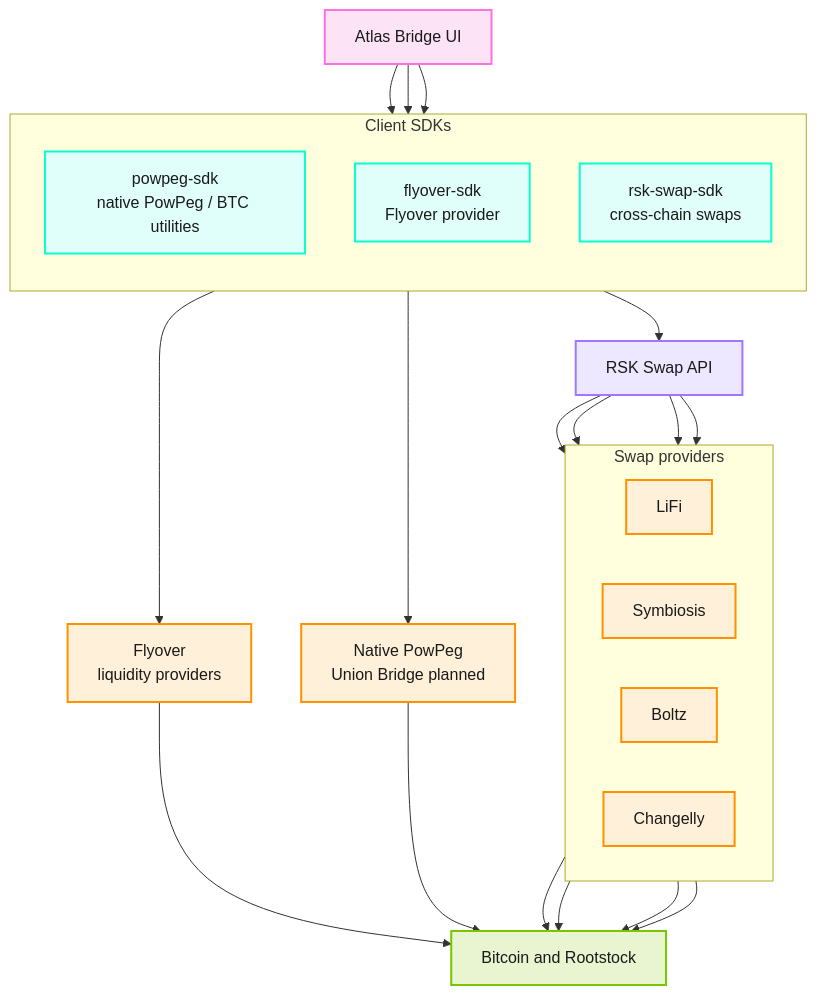
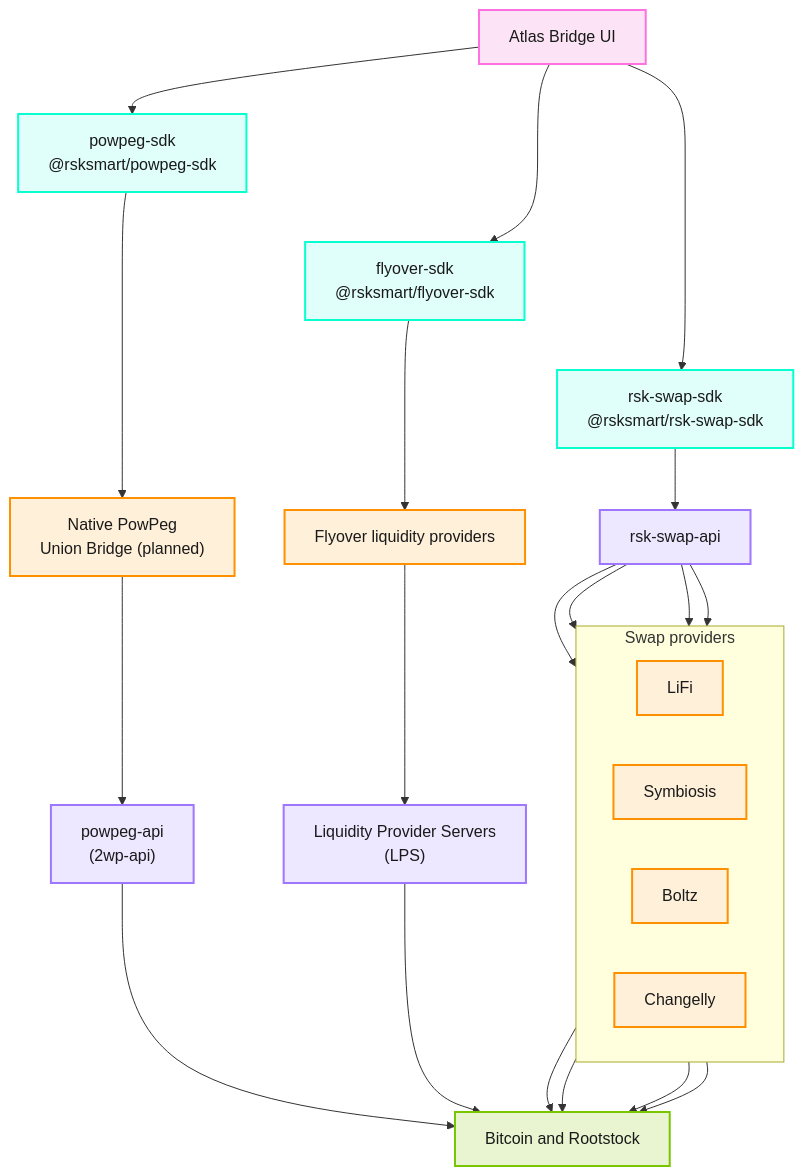
The diagram in docs/04-resources/06-guides/atlas/index.md (rsksmart/devportal), drawn with Mermaid before and after one commit. The commit also changed other lines of this file, not shown here.

Commit message:
docs: align Atlas architecture diagram with Anni and package naming
Rewire Flyover and PowPeg paths through LPS and powpeg-api, use @rsksmart SDK labels and rsk-swap-api/powpeg-api ids, and mark Union Bridge as (planned).

````diff
--- a/docs/04-resources/06-guides/atlas/index.md
+++ b/docs/04-resources/06-guides/atlas/index.md
@@ -22,54 +22,63 @@
 ```mermaid
 flowchart TB
   AtlasUI["Atlas Bridge UI"]
 
-  subgraph ClientSDKs["Client SDKs"]
-    direction TB
-    PowpegSdk["powpeg-sdk<br/>native PowPeg / BTC utilities"]
-    FlyoverSdk["flyover-sdk<br/>Flyover provider"]
-    RskSwapSdk["rsk-swap-sdk<br/>cross-chain swaps"]
-  end
+  PowpegSdk["powpeg-sdk<br/>@rsksmart/powpeg-sdk"]
+  FlyoverSdk["flyover-sdk<br/>@rsksmart/flyover-sdk"]
+  RskSwapSdk["rsk-swap-sdk<br/>@rsksmart/rsk-swap-sdk"]
 
-  SwapApi["RSK Swap API"]
+  PowpegSdk -.- FlyoverSdk
+  FlyoverSdk -.- RskSwapSdk
+
+  NativePowPeg["Native PowPeg<br/>Union Bridge (planned)"]
+  FlyoverLP["Flyover liquidity providers"]
+  SwapApi["rsk-swap-api"]
+
+  PowPegApi["powpeg-api<br/>(2wp-api)"]
+  FlyoverLPS["Liquidity Provider Servers<br/>(LPS)"]
 
   subgraph SwapProviders["Swap providers"]
     direction LR
     LiFi["LiFi"]
     Symbiosis["Symbiosis"]
     Boltz["Boltz"]
     Changelly["Changelly"]
   end
 
-  Flyover["Flyover<br/>liquidity providers"]
-  NativePowPeg["Native PowPeg<br/>Union Bridge planned"]
   Networks["Bitcoin and Rootstock"]
 
   AtlasUI --> PowpegSdk
   AtlasUI --> FlyoverSdk
   AtlasUI --> RskSwapSdk
+
+  PowpegSdk --> NativePowPeg
+  FlyoverSdk --> FlyoverLP
   RskSwapSdk --> SwapApi
+
+  NativePowPeg --> PowPegApi
+  FlyoverLP --> FlyoverLPS
   SwapApi --> LiFi
   SwapApi --> Symbiosis
   SwapApi --> Boltz
   SwapApi --> Changelly
-  FlyoverSdk --> Flyover
-  PowpegSdk --> NativePowPeg
+
+  PowPegApi --> Networks
+  FlyoverLPS --> Networks
   LiFi --> Networks
   Symbiosis --> Networks
   Boltz --> Networks
   Changelly --> Networks
-  Flyover --> Networks
-  NativePowPeg --> Networks
 
   classDef ui fill:#FCE4F6,stroke:#FF71E1,stroke-width:2px,color:#1a1a1a
   classDef sdk fill:#E0FFFA,stroke:#08FFD0,stroke-width:2px,color:#1a1a1a
   classDef api fill:#EDE7FF,stroke:#9E76FF,stroke-width:2px,color:#1a1a1a
   classDef provider fill:#FFF0D9,stroke:#FF9100,stroke-width:2px,color:#1a1a1a
   classDef network fill:#E8F5D0,stroke:#79C600,stroke-width:2px,color:#1a1a1a
 
   class AtlasUI ui
   class PowpegSdk,FlyoverSdk,RskSwapSdk sdk
-  class SwapApi api
-  class LiFi,Symbiosis,Boltz,Changelly,Flyover,NativePowPeg provider
+  class SwapApi,FlyoverLPS,PowPegApi api
+  class LiFi,Symbiosis,Boltz,Changelly,FlyoverLP,NativePowPeg provider
   class Networks network
+  linkStyle 0,1 stroke:none,fill:none
 ```
````
